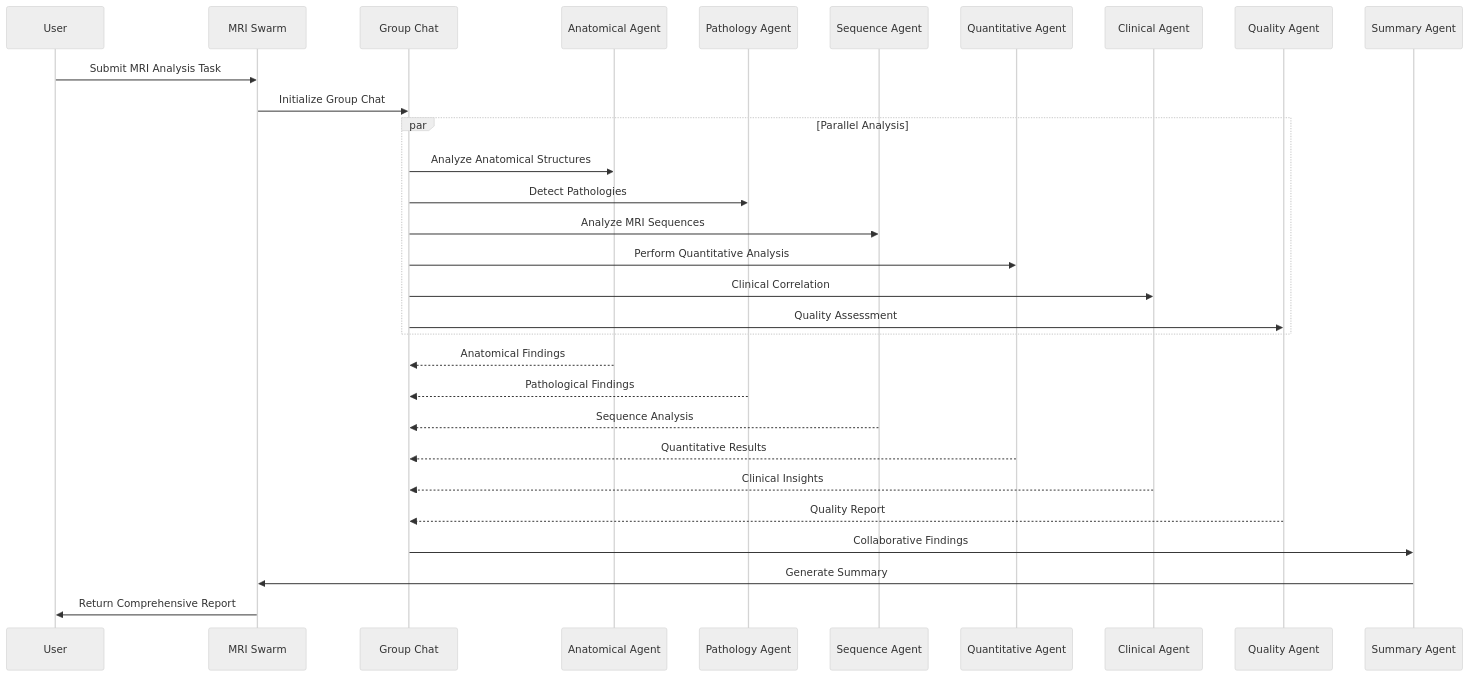
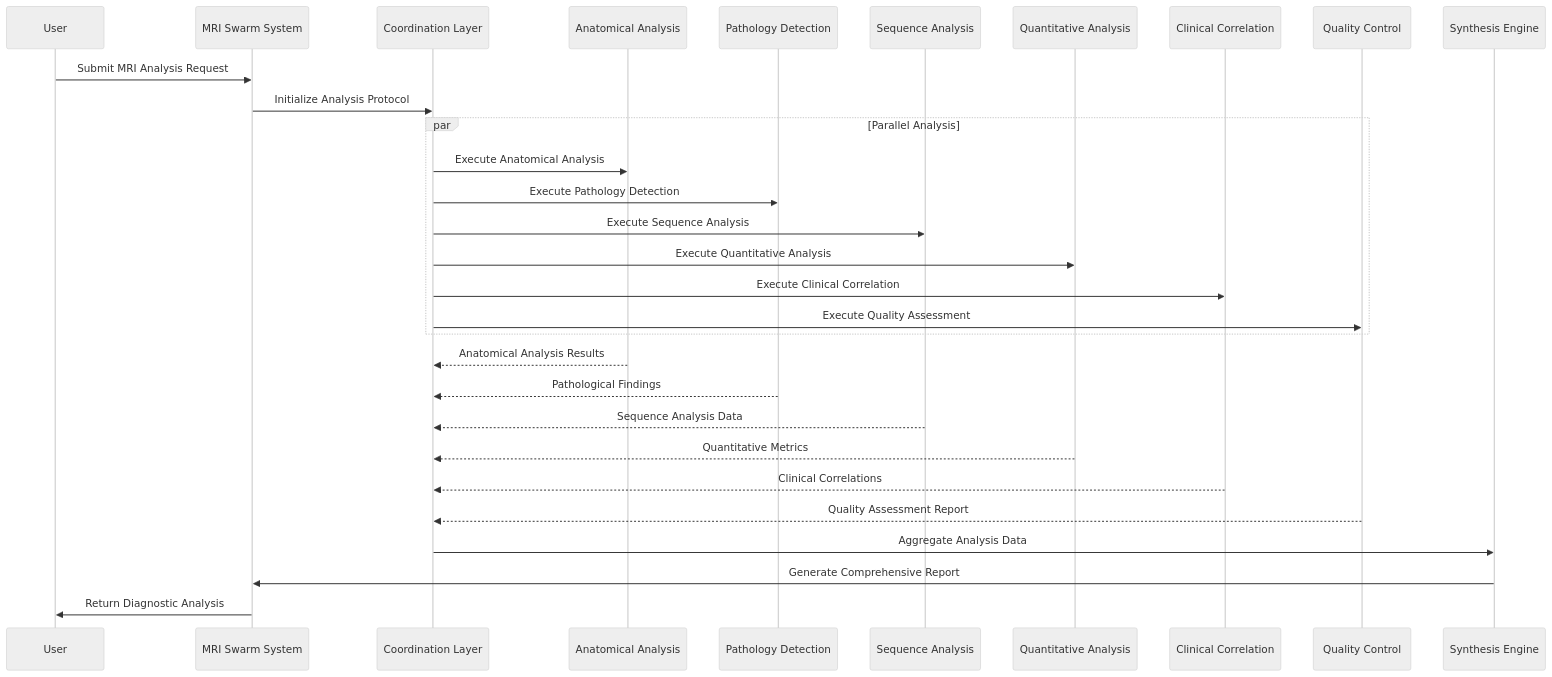
Before and after one commit to blake787/MRI-Swarm: the diagram in README.md, drawn with Mermaid (neutral theme). The commit also changed other lines of this file, not shown here.

````diff
--- a/README.md
+++ b/README.md
@@ -111,33 +111,33 @@
 ```mermaid
 sequenceDiagram
     participant U as User
-    participant S as MRI Swarm
-    participant G as Group Chat
-    participant AA as Anatomical Agent
-    participant PA as Pathology Agent
-    participant SA as Sequence Agent
-    participant QA as Quantitative Agent
-    participant CA as Clinical Agent
-    participant QC as Quality Agent
-    participant Sum as Summary Agent
+    participant S as MRI Swarm System
+    participant C as Coordination Layer
+    participant AA as Anatomical Analysis
+    participant PA as Pathology Detection
+    participant SA as Sequence Analysis
+    participant QA as Quantitative Analysis
+    participant CA as Clinical Correlation
+    participant QC as Quality Control
+    participant SYN as Synthesis Engine
 
-    U->>S: Submit MRI Analysis Task
-    S->>G: Initialize Group Chat
+    U->>S: Submit MRI Analysis Request
+    S->>C: Initialize Analysis Protocol
     par Parallel Analysis
-        G->>AA: Analyze Anatomical Structures
-        G->>PA: Detect Pathologies
-        G->>SA: Analyze MRI Sequences
-        G->>QA: Perform Quantitative Analysis
-        G->>CA: Clinical Correlation
-        G->>QC: Quality Assessment
+        C->>AA: Execute Anatomical Analysis
+        C->>PA: Execute Pathology Detection
+        C->>SA: Execute Sequence Analysis
+        C->>QA: Execute Quantitative Analysis
+        C->>CA: Execute Clinical Correlation
+        C->>QC: Execute Quality Assessment
     end
-    AA-->>G: Anatomical Findings
-    PA-->>G: Pathological Findings
-    SA-->>G: Sequence Analysis
-    QA-->>G: Quantitative Results
-    CA-->>G: Clinical Insights
-    QC-->>G: Quality Report
-    G->>Sum: Collaborative Findings
-    Sum->>S: Generate Summary
-    S->>U: Return Comprehensive Report
+    AA-->>C: Anatomical Analysis Results
+    PA-->>C: Pathological Findings
+    SA-->>C: Sequence Analysis Data
+    QA-->>C: Quantitative Metrics
+    CA-->>C: Clinical Correlations
+    QC-->>C: Quality Assessment Report
+    C->>SYN: Aggregate Analysis Data
+    SYN->>S: Generate Comprehensive Report
+    S->>U: Return Diagnostic Analysis
 ```
````
